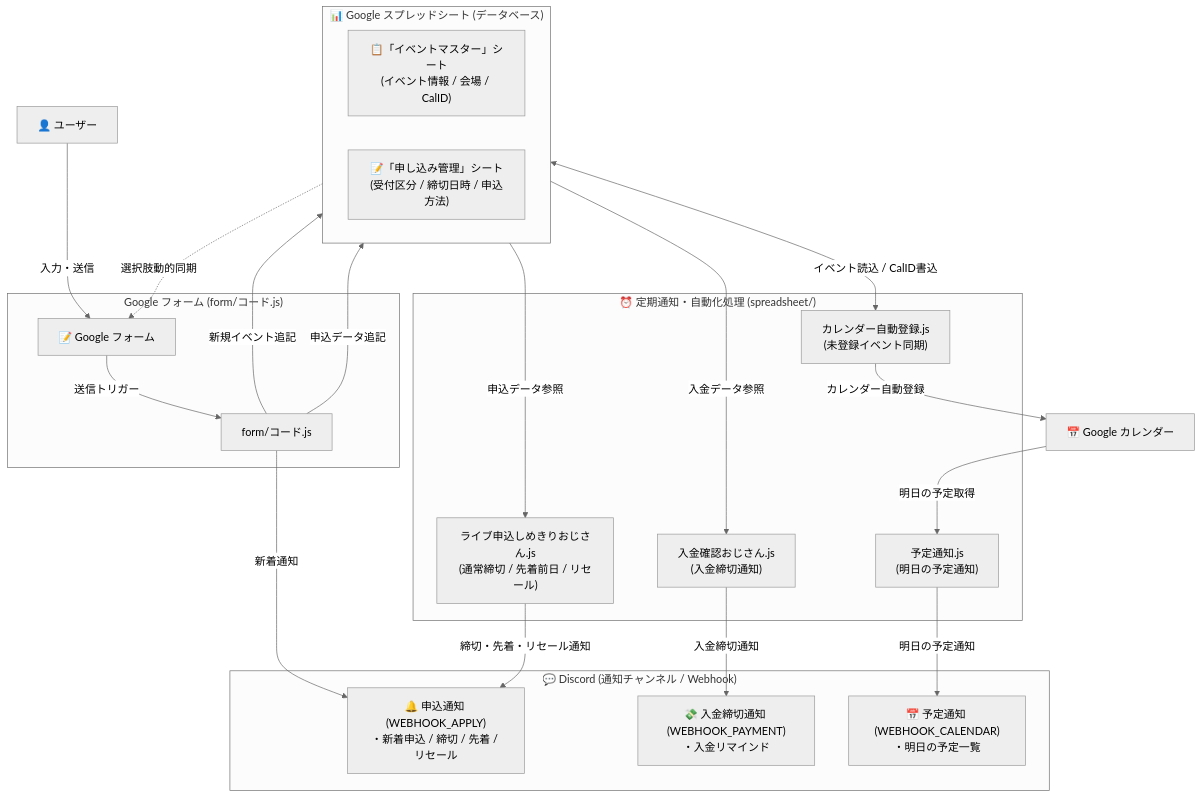
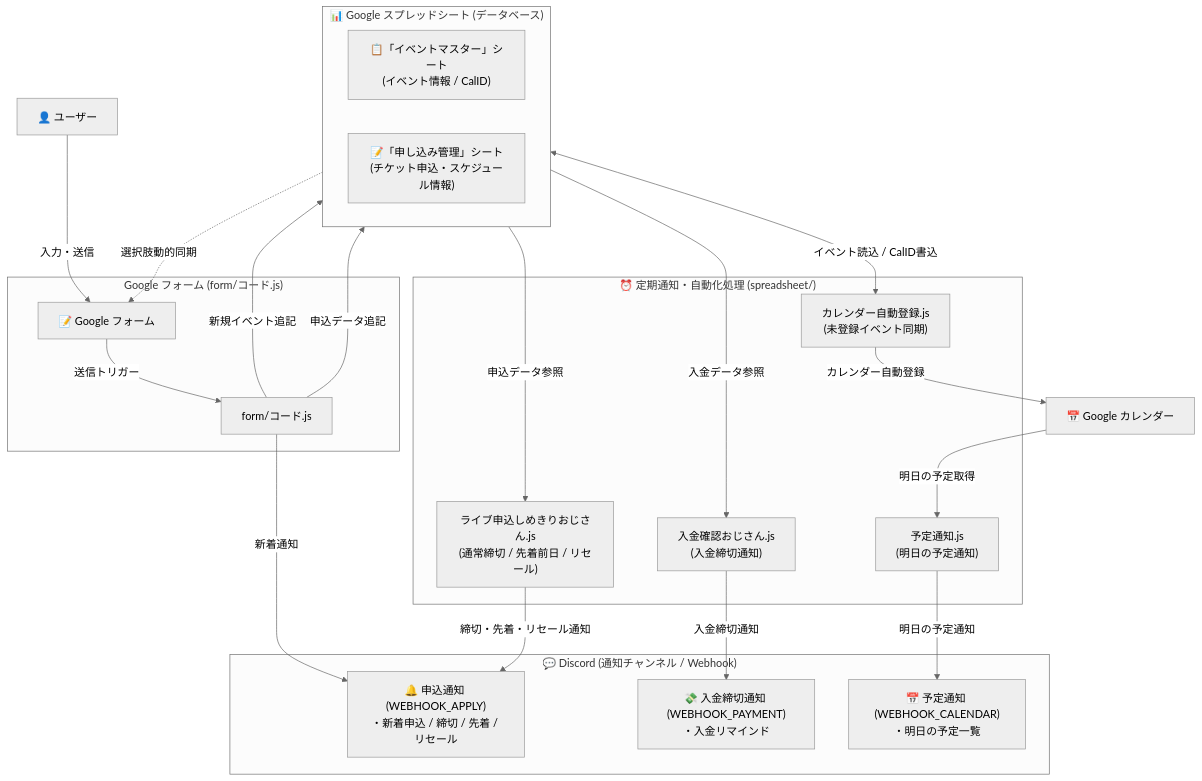
The first of 2 diagrams in docs/SYSTEM_SPEC.md (miyagey/discord-notifier), drawn with Mermaid (neutral theme) before and after one commit.

Commit message:
docs: 申し込み管理シートのラベル表記をチケット申込・スケジュール情報に統一

````diff
--- a/docs/SYSTEM_SPEC.md
+++ b/docs/SYSTEM_SPEC.md
@@ -11,43 +11,43 @@
 ```mermaid
 flowchart TD
     User["👤 ユーザー"] -->|入力・送信| Form["📝 Google フォーム"]
     
     subgraph FormTrigger ["Google フォーム (form/コード.js)"]
         Form -->|送信トリガー| GAS_Form["form/コード.js"]
     end
 
     GAS_Form -->|新規イベント追記| MasterSheet
     GAS_Form -->|申込データ追記| ApplySheet
     MasterSheet -.->|選択肢動的同期| Form
 
     subgraph SpreadsheetDB ["📊 Google スプレッドシート (データベース)"]
         direction LR
-        MasterSheet["📋「イベントマスター」シート<br>(イベント情報 / 会場 / CalID)"]
-        ApplySheet["📝「申し込み管理」シート<br>(受付区分 / 締切日時 / 申込方法)"]
+        MasterSheet["📋「イベントマスター」シート<br>(イベント情報 / CalID)"]
+        ApplySheet["📝「申し込み管理」シート<br>(チケット申込・スケジュール情報)"]
     end
 
     subgraph BatchSection ["⏰ 定期通知・自動化処理 (spreadsheet/)"]
         RemindApply["ライブ申込しめきりおじさん.js<br>(通常締切 / 先着前日 / リセール)"]
         RemindPay["入金確認おじさん.js<br>(入金締切通知)"]
         SyncCal["カレンダー自動登録.js<br>(未登録イベント同期)"]
         NotifySched["予定通知.js<br>(明日の予定通知)"]
     end
 
     ApplySheet -->|申込データ参照| RemindApply
     ApplySheet -->|入金データ参照| RemindPay
     MasterSheet <-->|イベント読込 / CalID書込| SyncCal
     
     SyncCal -->|カレンダー自動登録| GCal["📅 Google カレンダー"]
     GCal -->|明日の予定取得| NotifySched
 
     subgraph DiscordServer ["💬 Discord (通知チャンネル / Webhook)"]
         WebhookApply["🔔 申込通知 (WEBHOOK_APPLY)<br>・新着申込 / 締切 / 先着 / リセール"]
         WebhookPay["💸 入金締切通知 (WEBHOOK_PAYMENT)<br>・入金リマインド"]
         WebhookCal["📅 予定通知 (WEBHOOK_CALENDAR)<br>・明日の予定一覧"]
     end
 
     GAS_Form -->|新着通知| WebhookApply
     RemindApply -->|締切・先着・リセール通知| WebhookApply
     RemindPay -->|入金締切通知| WebhookPay
     NotifySched -->|明日の予定通知| WebhookCal
 ```
````
